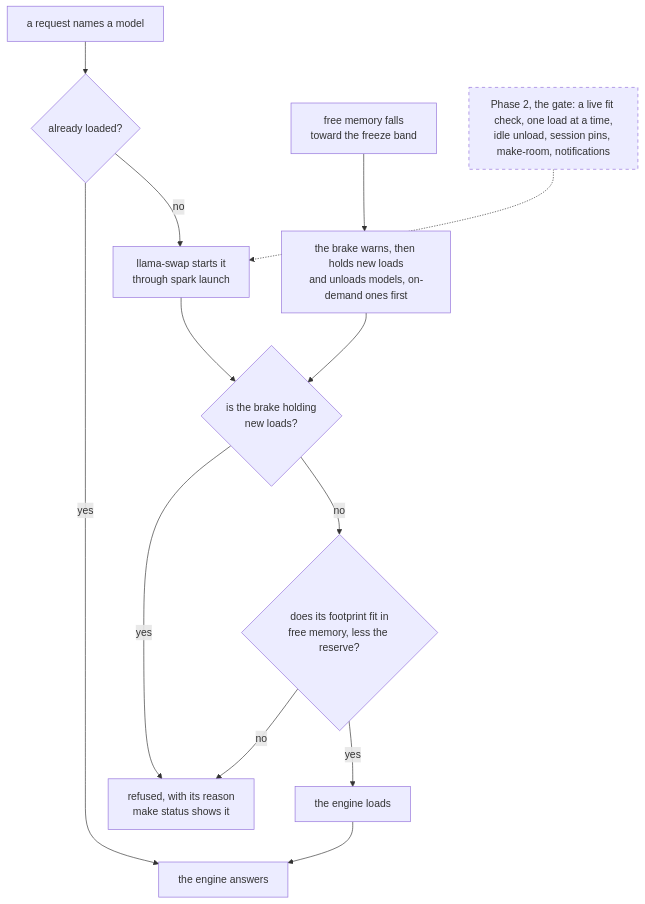
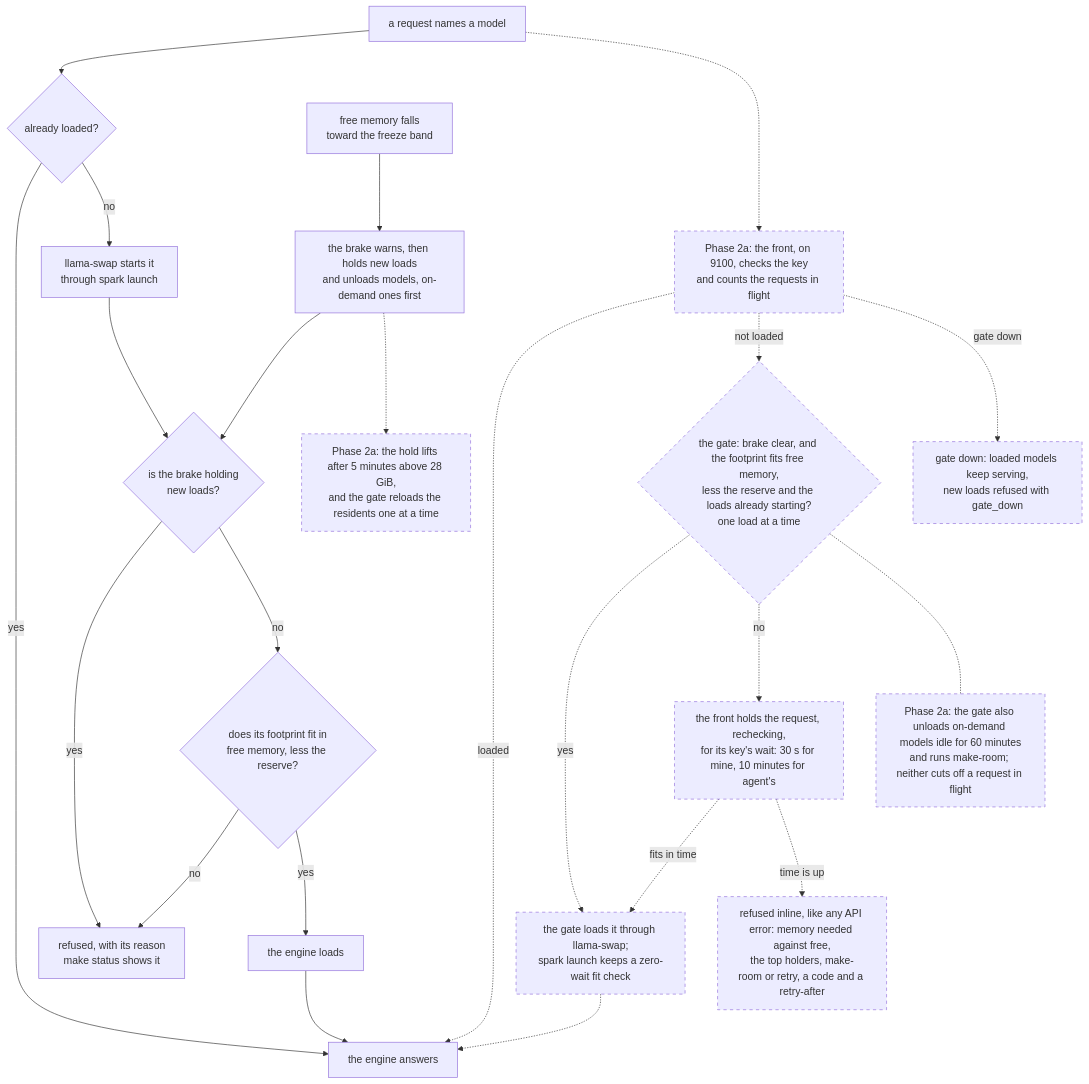
Before and after one commit to chendaniely/local-ai: the third of 4 diagrams in website/architecture.qmd, drawn with Mermaid. The commit also changed other lines of this file and 10 other files, not shown here.

First line of the commit message:
docs(plan): 🤖 Phase 2a's design: front, gate, budget, coder

````diff
--- a/website/architecture.qmd
+++ b/website/architecture.qmd
@@ -138,17 +167,36 @@
 ```{mermaid}
 flowchart TD
   classDef planned stroke-dasharray: 5 5
 
   req["a request names a model"] --> loaded{"already loaded?"}
   loaded -- yes --> answer["the engine answers"]
   loaded -- no --> launch["llama-swap starts it<br/>through spark launch"]
   launch --> held{"is the brake holding<br/>new loads?"}
   held -- yes --> refuse["refused, with its reason<br/>make status shows it"]
   held -- no --> fits{"does its footprint fit in<br/>free memory, less the reserve?"}
   fits -- no --> refuse
   fits -- yes --> load["the engine loads"] --> answer
   low["free memory falls<br/>toward the freeze band"] --> brake["the brake warns, then holds new loads<br/>and unloads models, on-demand ones first"]
   brake --> held
-  gate["Phase 2, the gate: a live fit check, one load at a time,<br/>idle unload, session pins, make-room, notifications"]:::planned
-  gate -.-> launch
+
+  front["Phase 2a: the front, on 9100, checks the key<br/>and counts the requests in flight"]:::planned
+  gdown["gate down: loaded models keep serving,<br/>new loads refused with gate_down"]:::planned
+  ask{"the gate: brake clear, and the footprint fits free memory,<br/>less the reserve and the loads already starting?<br/>one load at a time"}:::planned
+  gload["the gate loads it through llama-swap;<br/>spark launch keeps a zero-wait fit check"]:::planned
+  hold["the front holds the request, rechecking,<br/>for its key's wait: 30 s for mine, 10 minutes for agent's"]:::planned
+  inline["refused inline, like any API error: memory needed against free,<br/>the top holders, make-room or retry, a code and a retry-after"]:::planned
+  release["Phase 2a: the hold lifts after 5 minutes above 28 GiB,<br/>and the gate reloads the residents one at a time"]:::planned
+  idle["Phase 2a: the gate also unloads on-demand models idle for 60 minutes<br/>and runs make-room; neither cuts off a request in flight"]:::planned
+
+  req -.-> front
+  front -. loaded .-> answer
+  front -. "not loaded" .-> ask
+  front -. "gate down" .-> gdown
+  ask -. yes .-> gload
+  gload -.-> answer
+  ask -. no .-> hold
+  hold -. "fits in time" .-> gload
+  hold -. "time is up" .-> inline
+  brake -.-> release
+  ask -.- idle
 ```
````
